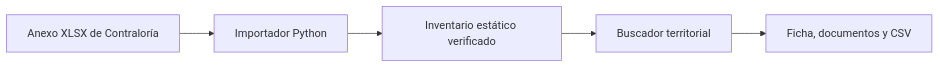
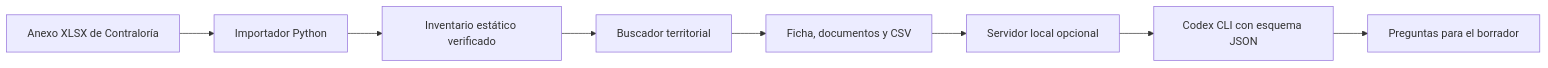
Before and after one commit to bocchienjoyer/obras-que-esperan: the diagram in README.md, drawn with Mermaid. The commit also changed other lines of this file and 9 other files, not shown here.

````diff
--- a/README.md
+++ b/README.md
@@ -31,7 +35,10 @@
 ```mermaid
 flowchart LR
   A[Anexo XLSX de Contraloría] --> B[Importador Python]
   B --> C[Inventario estático verificado]
   C --> D[Buscador territorial]
   D --> E[Ficha, documentos y CSV]
+  E --> F[Servidor local opcional]
+  F --> G[Codex CLI con esquema JSON]
+  G --> H[Preguntas para el borrador]
 ```
````
